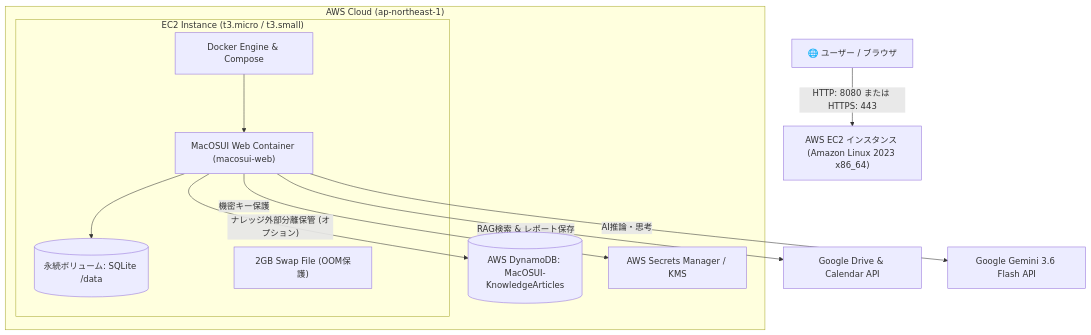
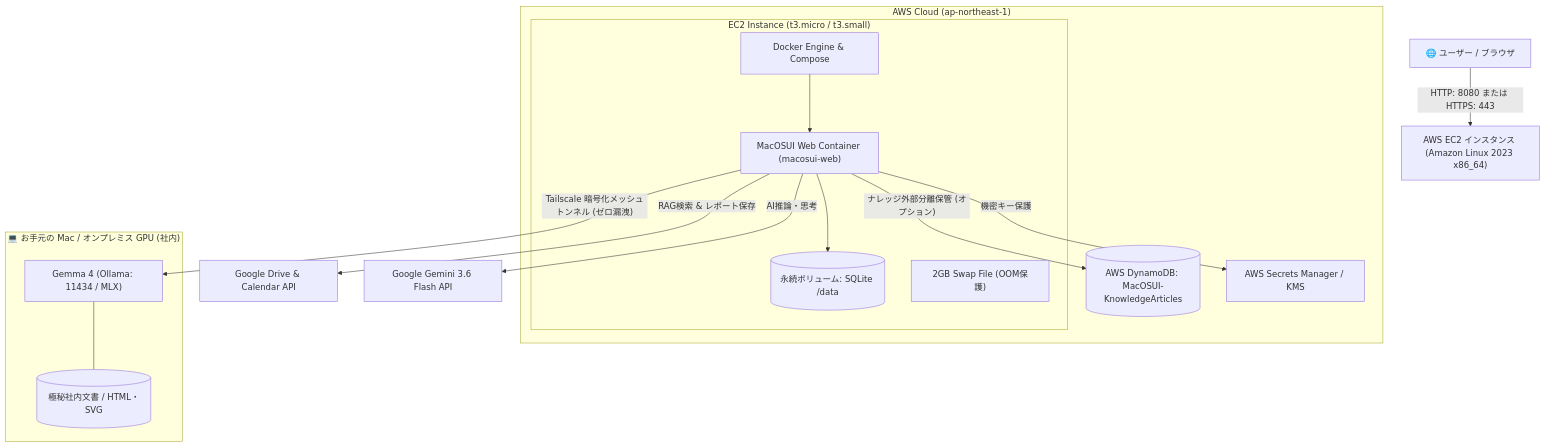
Before and after one commit to Techies-T/MacOSUI-Community: the diagram in README.md, drawn with Mermaid. The commit also changed other lines of this file and 23 other files, not shown here.

Commit message:
feat(release): v2.5.0 - Gemma 4 Local LLM-RAG, Tailscale hybrid AI connection, and token meter

````diff
--- a/README.md
+++ b/README.md
@@ -35,19 +38,26 @@
 ```mermaid
 graph TD
     User["🌐 ユーザー / ブラウザ"] -->|"HTTP: 8080 または HTTPS: 443"| EC2["AWS EC2 インスタンス (Amazon Linux 2023 x86_64)"]
     
     subgraph AWS_Cloud["AWS Cloud (ap-northeast-1)"]
         subgraph EC2_Instance["EC2 Instance (t3.micro / t3.small)"]
             DockerDaemon["Docker Engine & Compose"]
             DockerDaemon --> Container["MacOSUI Web Container (macosui-web)"]
             Container --> SQLite[("永続ボリューム: SQLite /data")]
             SwapSpace["2GB Swap File (OOM保護)"]
         end
         
         Container -->|"ナレッジ外部分離保管 (オプション)"| DynamoDB[("AWS DynamoDB: MacOSUI-KnowledgeArticles")]
         Container -->|"機密キー保護"| SecretsManager["AWS Secrets Manager / KMS"]
     end
     
+    subgraph Local_Infrastructure["💻 お手元の Mac / オンプレミス GPU (社内)"]
+        OllamaLocal["Gemma 4 (Ollama: 11434 / MLX)"]
+        LocalKnowledge[("極秘社内文書 / HTML・SVG")]
+        OllamaLocal --- LocalKnowledge
+    end
+    
+    Container -->|"Tailscale 暗号化メッシュトンネル (ゼロ漏洩)"| OllamaLocal
     Container -->|"RAG検索 & レポート保存"| GoogleDrive["Google Drive & Calendar API"]
     Container -->|"AI推論・思考"| GeminiAPI["Google Gemini 3.6 Flash API"]
 ```
````
